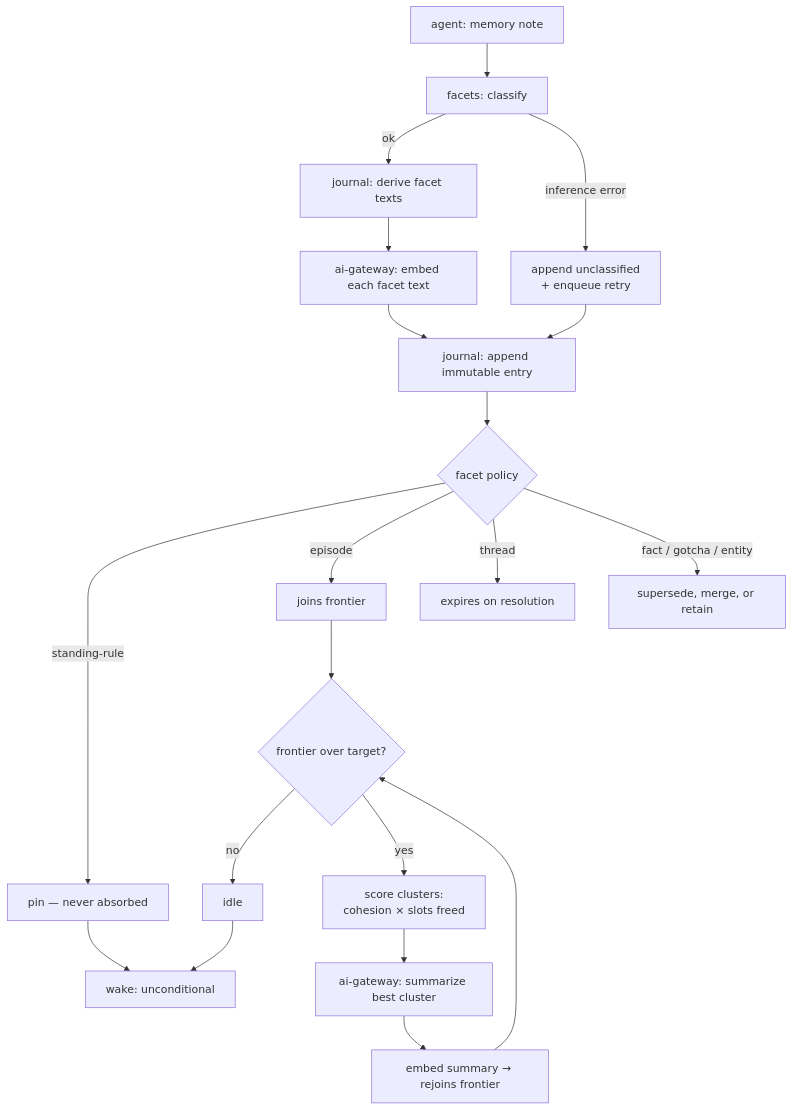
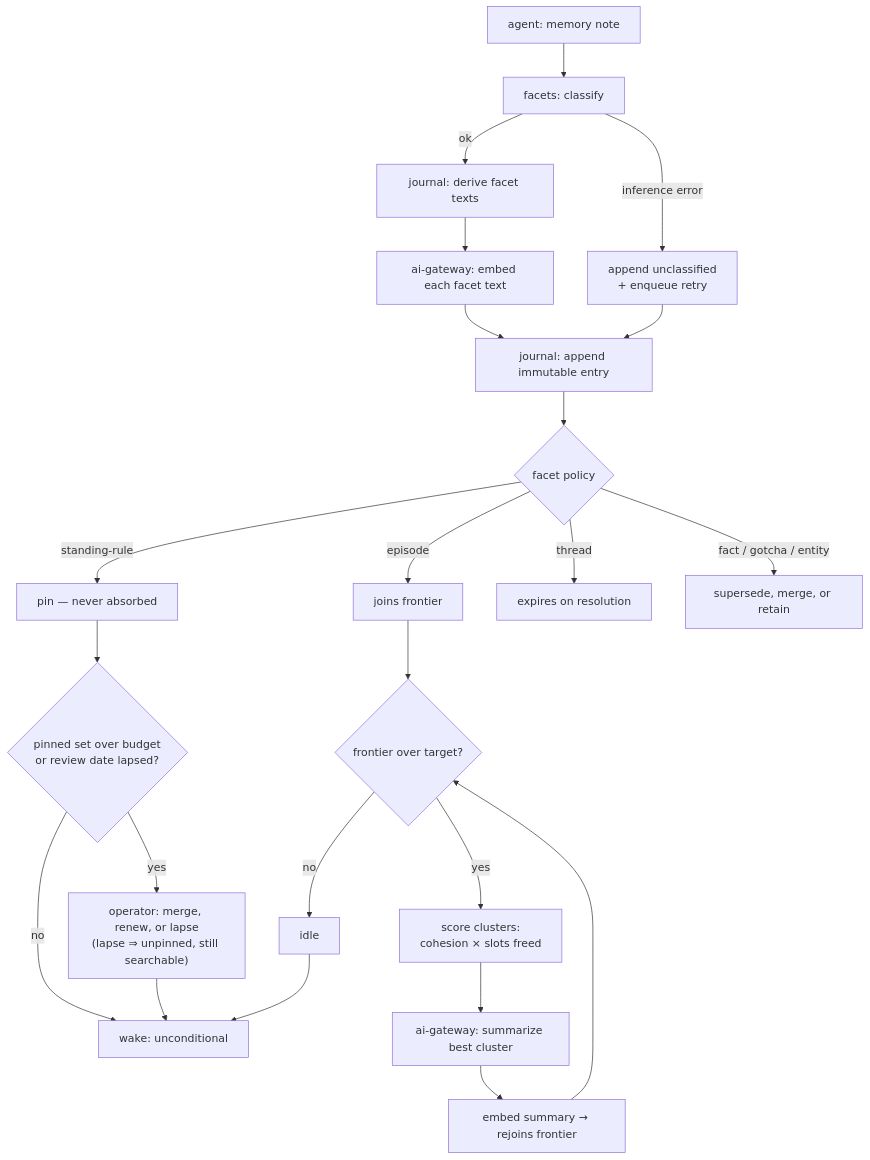
The diagram in scenarios/vrooli-memory/docs/concepts/FLOWS.md (Vrooli/Vrooli), drawn with Mermaid before and after one commit. The commit also changed other lines of this file and 15 other files, not shown here.

````diff
--- a/scenarios/vrooli-memory/docs/concepts/FLOWS.md
+++ b/scenarios/vrooli-memory/docs/concepts/FLOWS.md
@@ -241,22 +244,25 @@
 ```mermaid
 flowchart TD
     A["agent: memory note"] --> B["facets: classify"]
     B -->|ok| C["journal: derive facet texts"]
     B -->|inference error| U["append unclassified<br/>+ enqueue retry"]
     U --> D
     C --> E["ai-gateway: embed each facet text"]
     E --> D["journal: append immutable entry"]
     D --> F{"facet policy"}
     F -->|standing-rule| P["pin — never absorbed"]
     F -->|episode| G["joins frontier"]
     F -->|thread| X["expires on resolution"]
     F -->|fact / gotcha / entity| S["supersede, merge, or retain"]
     G --> H{"frontier over target?"}
     H -->|no| I["idle"]
     H -->|yes| J["score clusters:<br/>cohesion × slots freed"]
     J --> K["ai-gateway: summarize best cluster"]
     K --> L["embed summary → rejoins frontier"]
     L --> H
-    P --> W["wake: unconditional"]
+    P --> PC{"pinned set over budget<br/>or review date lapsed?"}
+    PC -->|no| W["wake: unconditional"]
+    PC -->|yes| PR["operator: merge, renew, or lapse<br/>(lapse ⇒ unpinned, still searchable)"]
+    PR --> W
     I --> W
 ```
````
